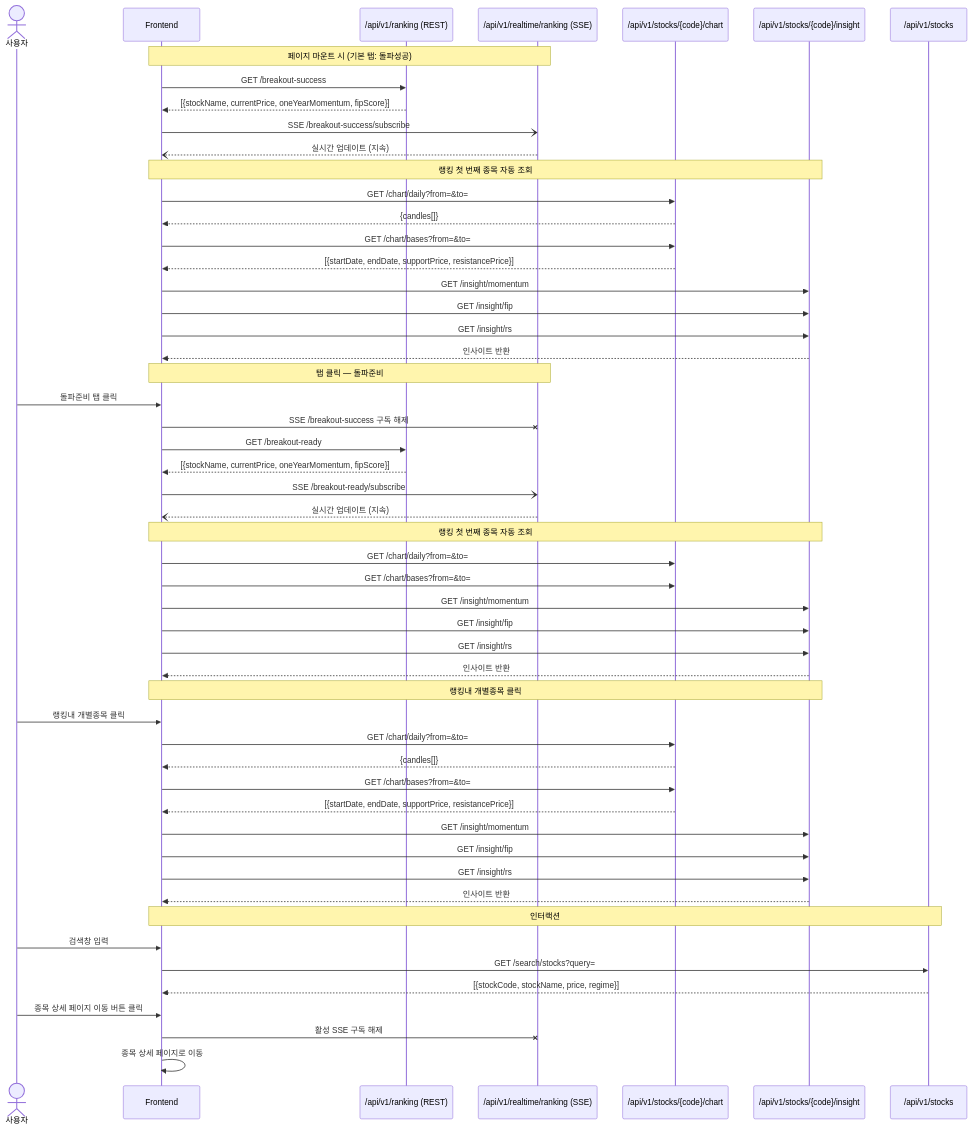
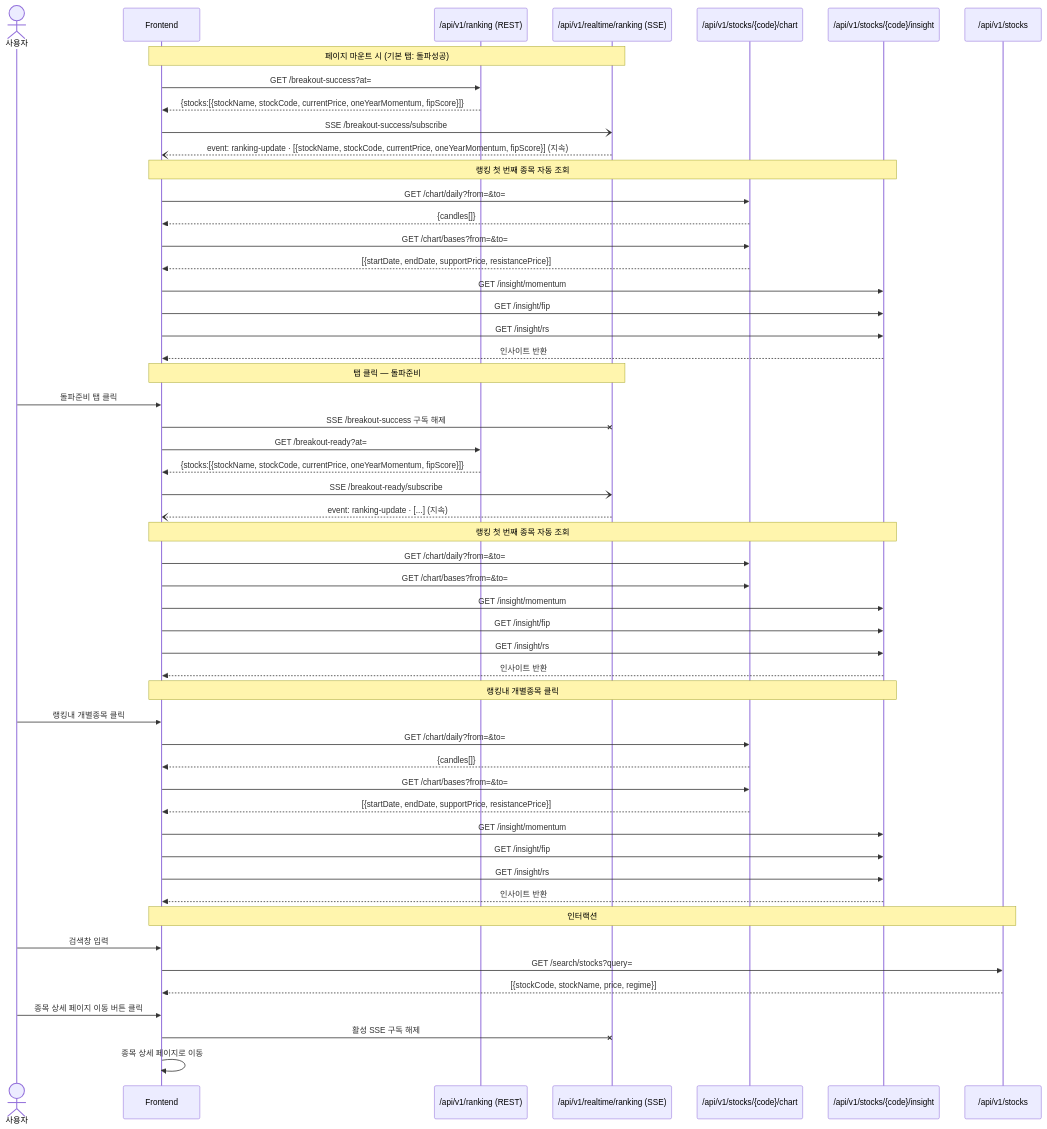
The third of 7 diagrams in docs/시퀀스 다이어그램.md (Burning-In/backend), drawn with Mermaid before and after one commit. The commit also changed other lines of this file, not shown here.

Commit message:
docs: 시퀀스 다이어그램 보완

````diff
--- a/docs/시퀀스 다이어그램.md
+++ b/docs/시퀀스 다이어그램.md
@@ -75,61 +85,61 @@
 ```mermaid
 sequenceDiagram
     actor U as 사용자
     participant FE as Frontend
     participant RANK_REST as /api/v1/ranking (REST)
     participant RANK_SSE as /api/v1/realtime/ranking (SSE)
     participant CHART as /api/v1/stocks/{code}/chart
     participant INSIGHT as /api/v1/stocks/{code}/insight
     participant STOCK as /api/v1/stocks
 
     Note over FE,RANK_SSE: 페이지 마운트 시 (기본 탭: 돌파성공)
-    FE->>RANK_REST: GET /breakout-success
-    RANK_REST-->>FE: [{stockName, currentPrice, oneYearMomentum, fipScore}]
+    FE->>RANK_REST: GET /breakout-success?at=
+    RANK_REST-->>FE: {stocks:[{stockName, stockCode, currentPrice, oneYearMomentum, fipScore}]}
     FE-)RANK_SSE: SSE /breakout-success/subscribe
-    RANK_SSE--)FE: 실시간 업데이트 (지속)
+    RANK_SSE--)FE: event: ranking-update · [{stockName, stockCode, currentPrice, oneYearMomentum, fipScore}] (지속)
 
     Note over FE,INSIGHT: 랭킹 첫 번째 종목 자동 조회
     FE->>CHART: GET /chart/daily?from=&to=
     CHART-->>FE: {candles[]}
     FE->>CHART: GET /chart/bases?from=&to=
     CHART-->>FE: [{startDate, endDate, supportPrice, resistancePrice}]
     FE->>INSIGHT: GET /insight/momentum
     FE->>INSIGHT: GET /insight/fip
     FE->>INSIGHT: GET /insight/rs
     INSIGHT-->>FE: 인사이트 반환
 
     Note over FE,RANK_SSE: 탭 클릭 — 돌파준비
     U->>FE: 돌파준비 탭 클릭
     FE-xRANK_SSE: SSE /breakout-success 구독 해제
-    FE->>RANK_REST: GET /breakout-ready
-    RANK_REST-->>FE: [{stockName, currentPrice, oneYearMomentum, fipScore}]
+    FE->>RANK_REST: GET /breakout-ready?at=
+    RANK_REST-->>FE: {stocks:[{stockName, stockCode, currentPrice, oneYearMomentum, fipScore}]}
     FE-)RANK_SSE: SSE /breakout-ready/subscribe
-    RANK_SSE--)FE: 실시간 업데이트 (지속)
+    RANK_SSE--)FE: event: ranking-update · [...] (지속)
     Note over FE,INSIGHT: 랭킹 첫 번째 종목 자동 조회
     FE->>CHART: GET /chart/daily?from=&to=
     FE->>CHART: GET /chart/bases?from=&to=
     FE->>INSIGHT: GET /insight/momentum
     FE->>INSIGHT: GET /insight/fip
     FE->>INSIGHT: GET /insight/rs
     INSIGHT-->>FE: 인사이트 반환
 
     Note over FE,INSIGHT: 랭킹내 개별종목 클릭
     U->>FE: 랭킹내 개별종목 클릭
     FE->>CHART: GET /chart/daily?from=&to=
     CHART-->>FE: {candles[]}
     FE->>CHART: GET /chart/bases?from=&to=
     CHART-->>FE: [{startDate, endDate, supportPrice, resistancePrice}]
     FE->>INSIGHT: GET /insight/momentum
     FE->>INSIGHT: GET /insight/fip
     FE->>INSIGHT: GET /insight/rs
     INSIGHT-->>FE: 인사이트 반환
 
     Note over FE,STOCK: 인터랙션
     U->>FE: 검색창 입력
     FE->>STOCK: GET /search/stocks?query=
     STOCK-->>FE: [{stockCode, stockName, price, regime}]
 
     U->>FE: 종목 상세 페이지 이동 버튼 클릭
     FE-xRANK_SSE: 활성 SSE 구독 해제
     FE->>FE: 종목 상세 페이지로 이동
 ```
````
